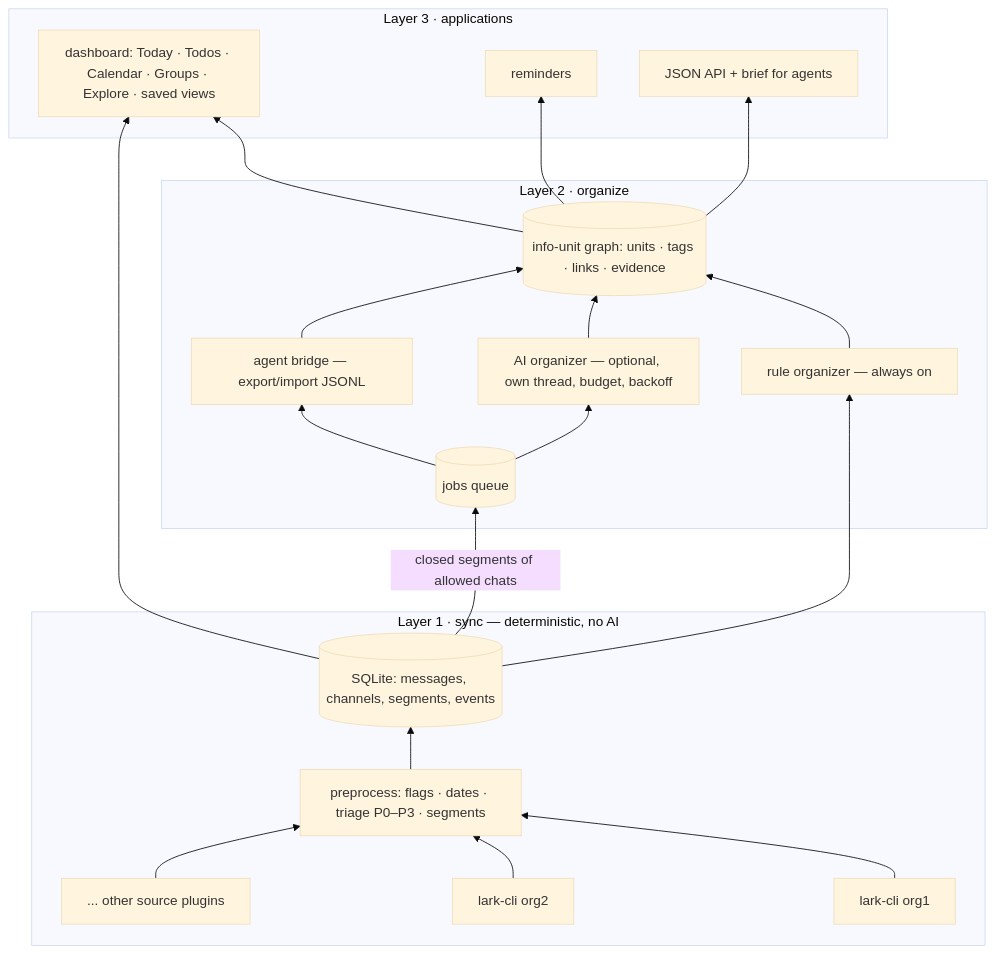
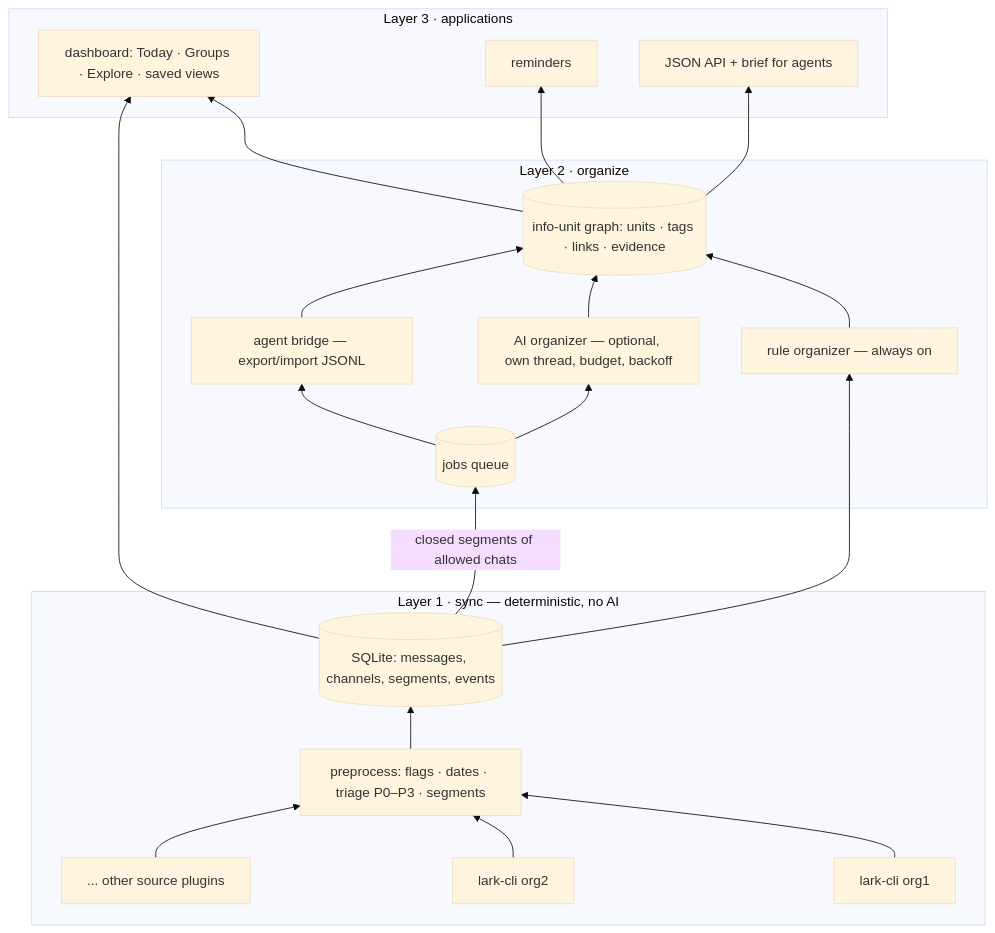
One commit to MasterYip/InfoHub changed the diagram in docs/architecture.md. Above: the diagram before and after it, drawn with Mermaid (base theme). The commit also changed other lines of this file and 14 other files, not shown here.

````diff
--- a/docs/architecture.md
+++ b/docs/architecture.md
@@ -3,25 +3,25 @@
 ```mermaid
 flowchart BT
   subgraph L1[Layer 1 · sync — deterministic, no AI]
     LK1[lark-cli org1] --> PRE
     LK2[lark-cli org2] --> PRE
     SRC[... other source plugins] --> PRE
     PRE[preprocess: flags · dates · triage P0–P3 · segments] --> DB[(SQLite: messages, channels, segments, events)]
   end
   subgraph L2[Layer 2 · organize]
     RO[rule organizer — always on] --> G[(info-unit graph: units · tags · links · evidence)]
     Q[(jobs queue)] --> AI[AI organizer — optional, own thread, budget, backoff]
     Q --> AG[agent bridge — export/import JSONL]
     AI --> G
     AG --> G
   end
   subgraph L3[Layer 3 · applications]
-    DASH[dashboard: Today · Todos · Calendar · Groups · Explore · saved views]
+    DASH[dashboard: Today · Groups · Explore · saved views]
     REM[reminders]
     API[JSON API + brief for agents]
   end
   DB --> RO
   DB -- closed segments of allowed chats --> Q
   G --> DASH & REM & API
   DB --> DASH
 ```
````
